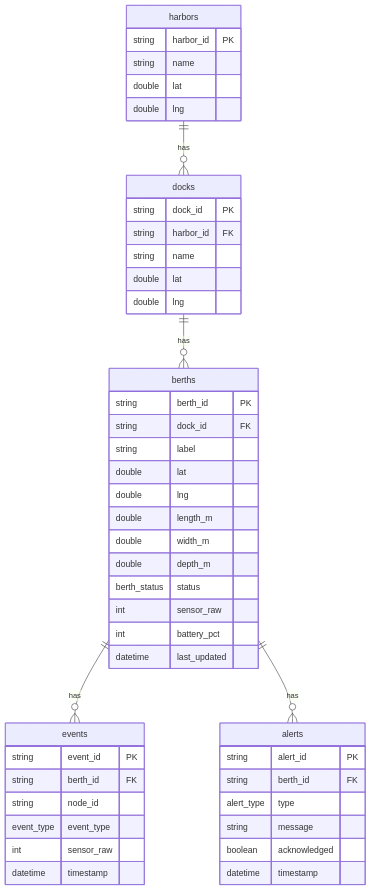
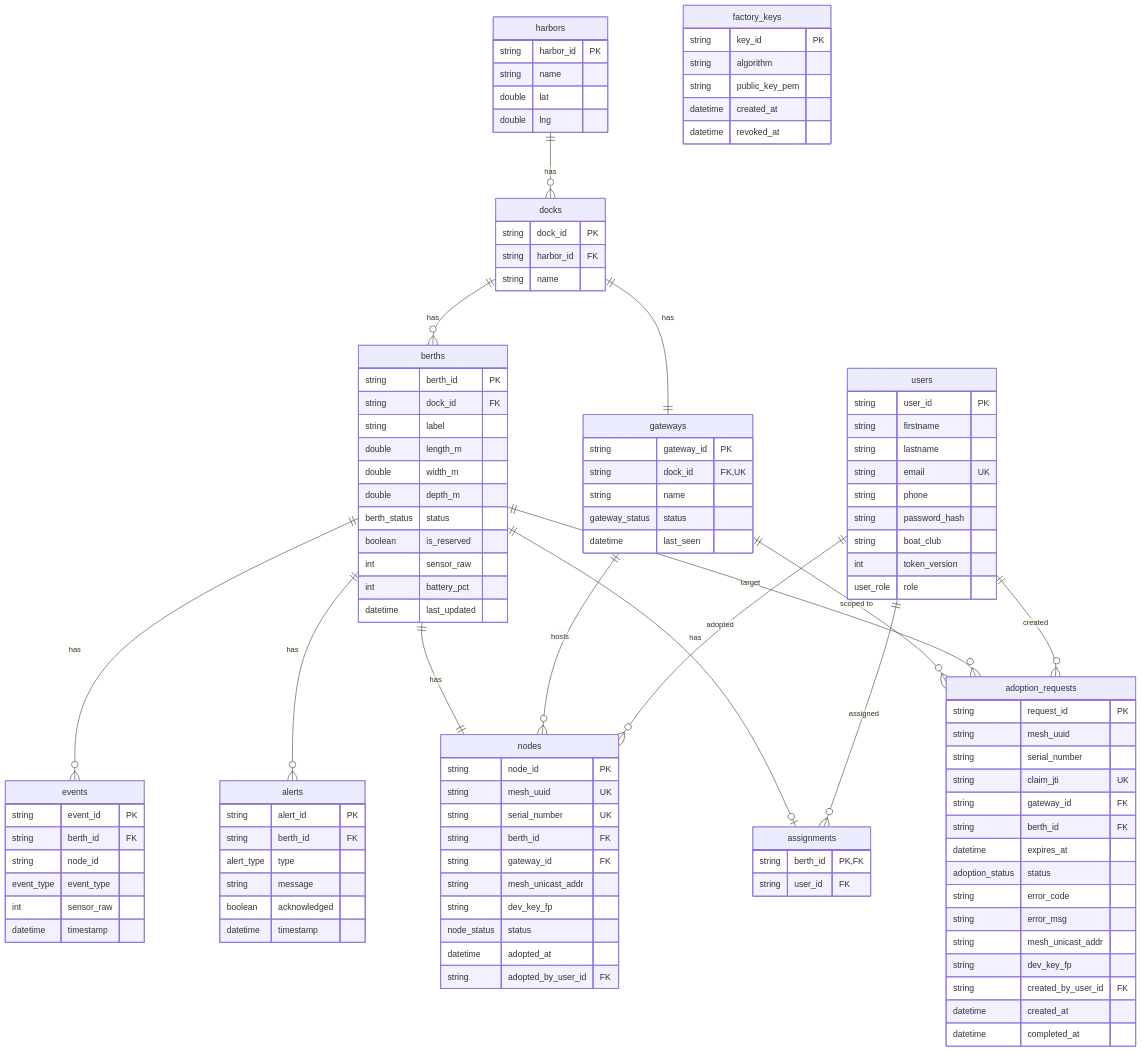
Before and after one commit to II1302-8/dockpulse: the diagram in docs/db-diagram.md, drawn with Mermaid.

Commit message:
chore: updated db diagram

````diff
--- a/docs/db-diagram.md
+++ b/docs/db-diagram.md
@@ -3,5 +3,17 @@
 ```mermaid
 erDiagram
+    users {
+        string user_id PK
+        string firstname
+        string lastname
+        string email UK
+        string phone
+        string password_hash
+        string boat_club
+        int token_version
+        user_role role
+    }
+
     harbors {
         string harbor_id PK
         string name
@@ -13,20 +25,17 @@
         string dock_id PK
         string harbor_id FK
         string name
-        double lat
-        double lng
     }
 
     berths {
         string berth_id PK
         string dock_id FK
         string label
-        double lat
-        double lng
         double length_m
         double width_m
         double depth_m
         berth_status status
+        boolean is_reserved
         int sensor_raw
         int battery_pct
         datetime last_updated
@@ -50,8 +59,69 @@
         datetime timestamp
     }
 
+    gateways {
+        string gateway_id PK
+        string dock_id FK,UK
+        string name
+        gateway_status status
+        datetime last_seen
+    }
+
+    nodes {
+        string node_id PK
+        string mesh_uuid UK
+        string serial_number UK
+        string berth_id FK
+        string gateway_id FK
+        string mesh_unicast_addr
+        string dev_key_fp
+        node_status status
+        datetime adopted_at
+        string adopted_by_user_id FK
+    }
+
+    adoption_requests {
+        string request_id PK
+        string mesh_uuid
+        string serial_number
+        string claim_jti UK
+        string gateway_id FK
+        string berth_id FK
+        datetime expires_at
+        adoption_status status
+        string error_code
+        string error_msg
+        string mesh_unicast_addr
+        string dev_key_fp
+        string created_by_user_id FK
+        datetime created_at
+        datetime completed_at
+    }
+
+    factory_keys {
+        string key_id PK
+        string algorithm
+        string public_key_pem
+        datetime created_at
+        datetime revoked_at
+    }
+
+    assignments {
+        string berth_id PK,FK
+        string user_id FK
+    }
+
     harbors ||--o{ docks : "has"
     docks ||--o{ berths : "has"
+    docks ||--|| gateways : "has"
     berths ||--o{ events : "has"
     berths ||--o{ alerts : "has"
+    berths ||--|| nodes : "has"
+    berths ||--o| assignments : "has"
+    gateways ||--o{ nodes : "hosts"
+    gateways ||--o{ adoption_requests : "scoped to"
+    berths ||--o{ adoption_requests : "target"
+    users ||--o{ assignments : "assigned"
+    users ||--o{ nodes : "adopted"
+    users ||--o{ adoption_requests : "created"
 ```
````
